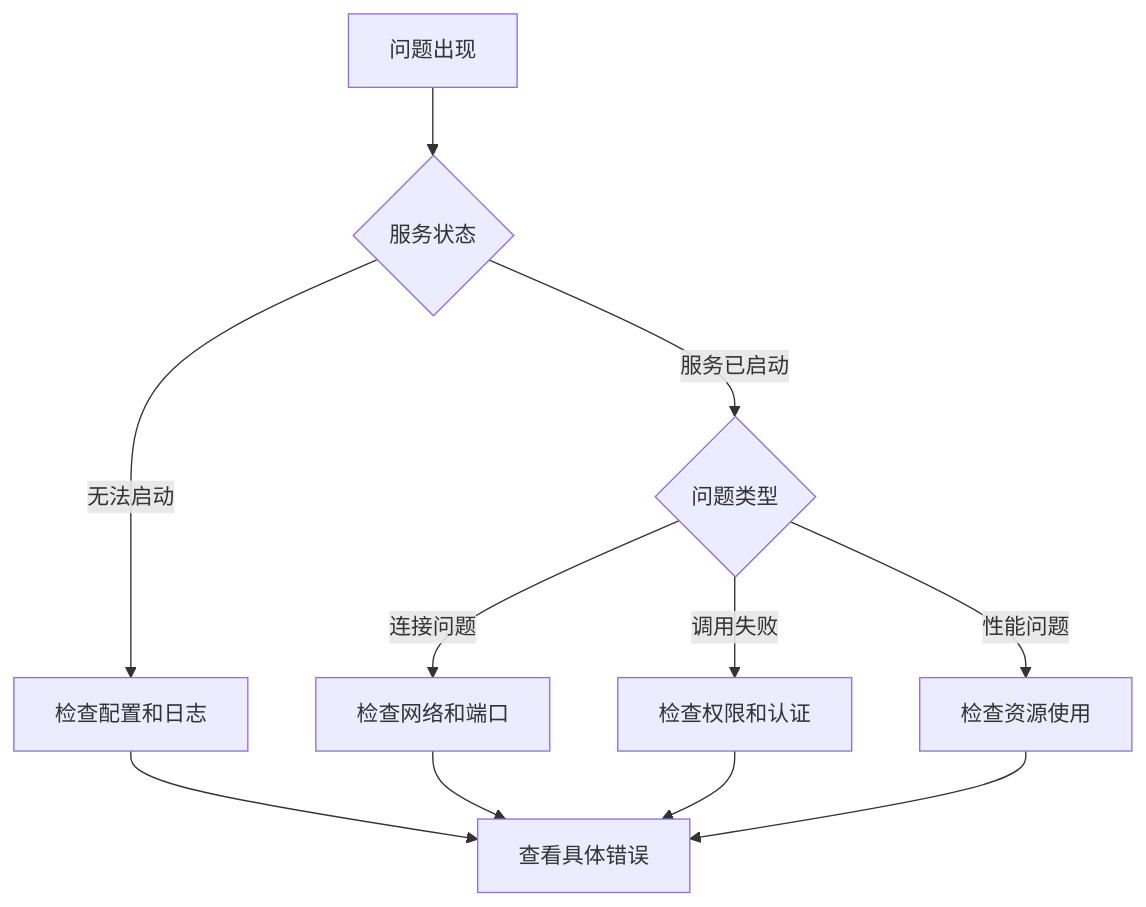
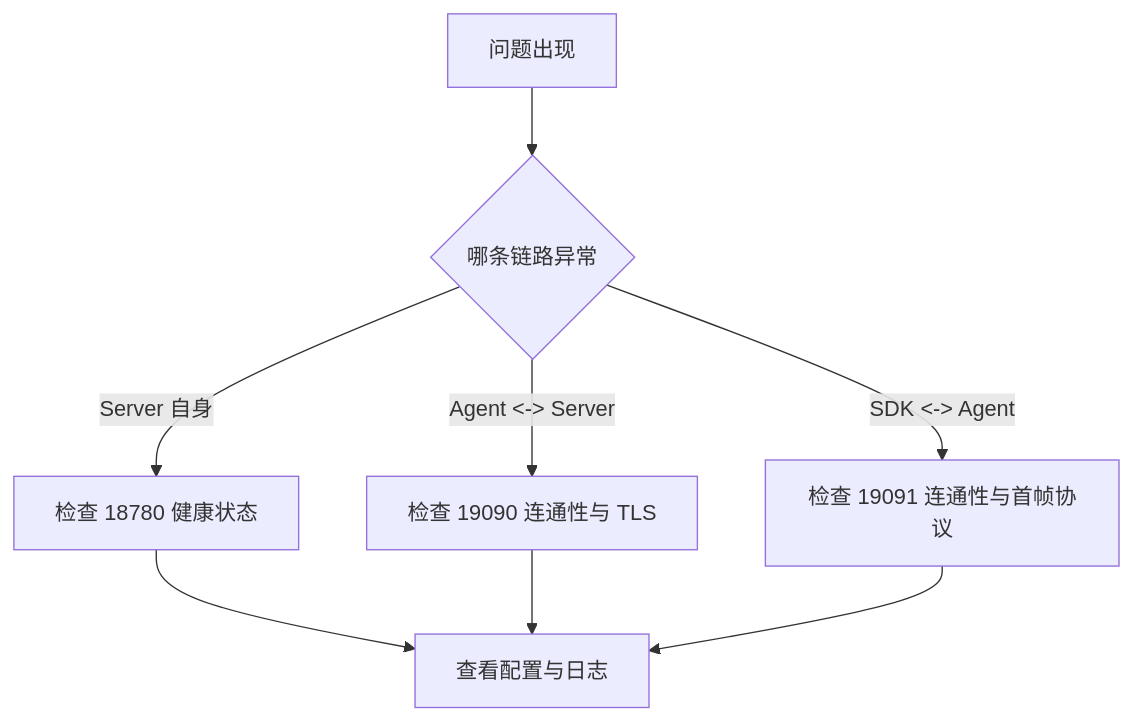
The diagram in docs/guide/operations/troubleshooting.md (cuihairu/croupier), drawn with Mermaid before and after one commit. The commit also changed other lines of this file and 63 other files, not shown here.

````diff
--- a/docs/guide/operations/troubleshooting.md
+++ b/docs/guide/operations/troubleshooting.md
@@ -23,13 +25,10 @@
 ```mermaid
 graph TD
-    A[问题出现] --> B{服务状态}
-    B -->|无法启动| C[检查配置和日志]
-    B -->|服务已启动| D{问题类型}
-    D -->|连接问题| E[检查网络和端口]
-    D -->|调用失败| F[检查权限和认证]
-    D -->|性能问题| G[检查资源使用]
-    C --> H[查看具体错误]
-    E --> H
-    F --> H
-    G --> H
+    A[问题出现] --> B{哪条链路异常}
+    B -->|Server 自身| C[检查 18780 健康状态]
+    B -->|Agent <-> Server| D[检查 19090 连通性与 TLS]
+    B -->|SDK <-> Agent| E[检查 19091 连通性与首帧协议]
+    C --> F[查看配置与日志]
+    D --> F
+    E --> F
 ```
````
